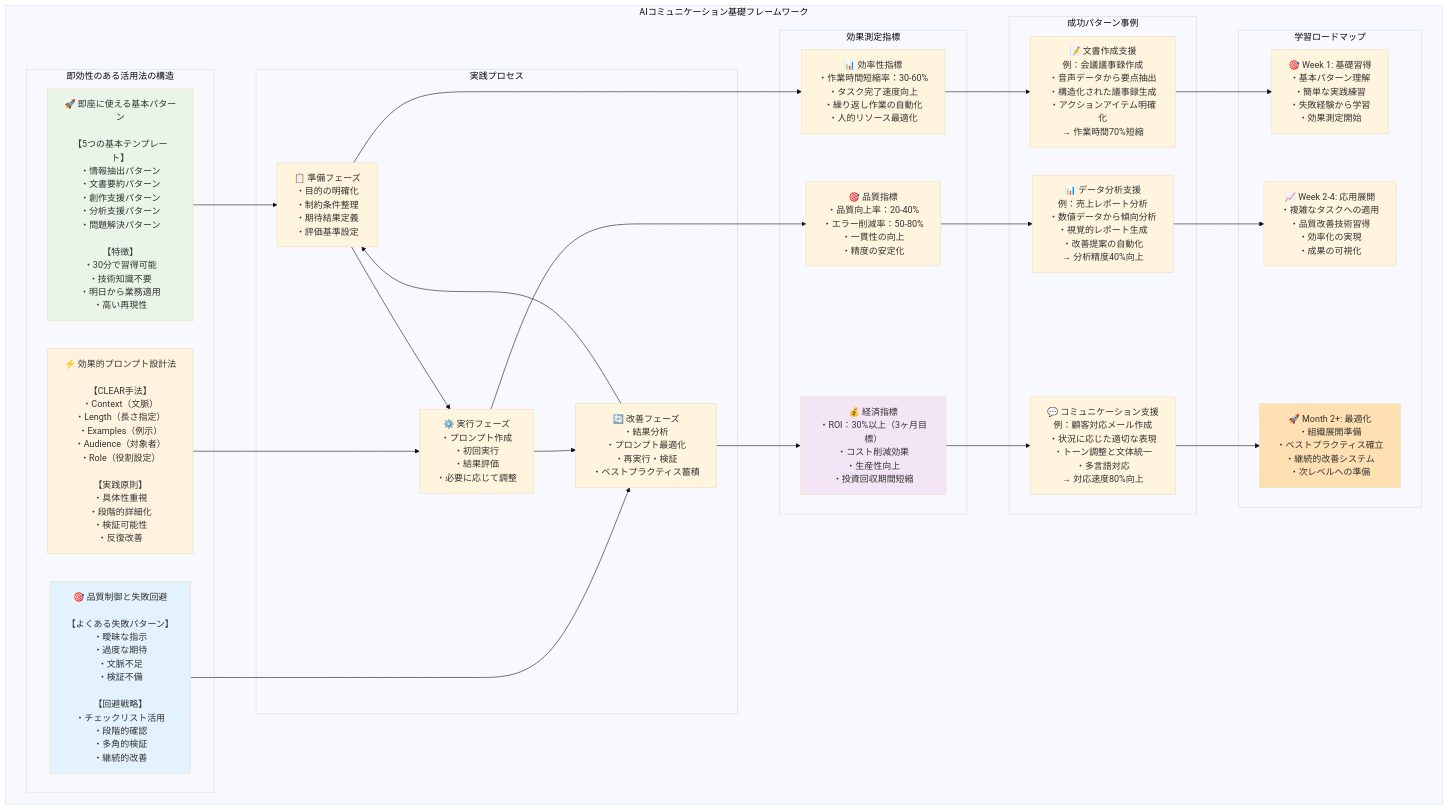
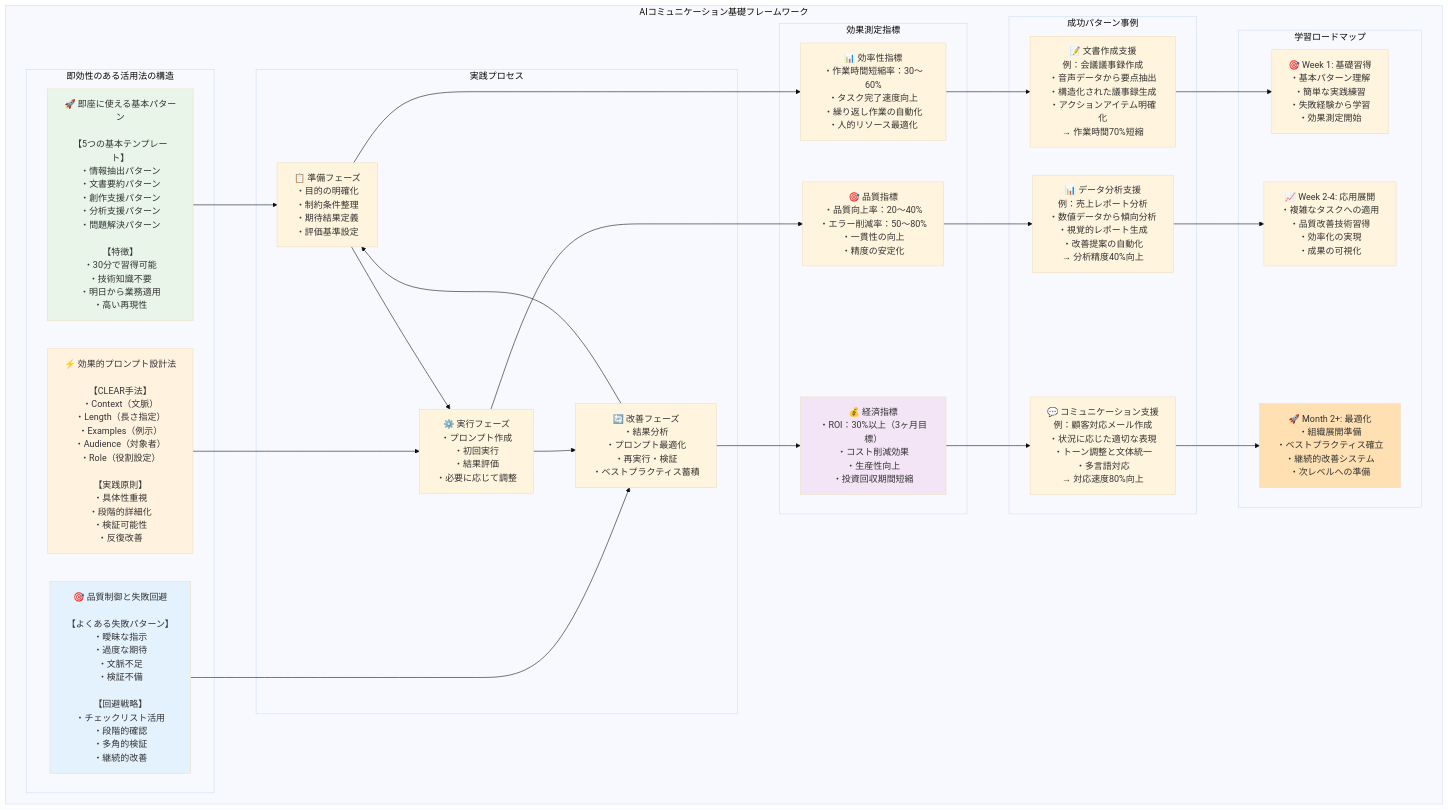
The diagram in docs/chapters/chapter-01/index.md (itdojp/ai-communication-book), drawn with Mermaid (base theme) before and after one commit. The commit also changed other lines of this file and 2 other files, not shown here.

````diff
--- a/docs/chapters/chapter-01/index.md
+++ b/docs/chapters/chapter-01/index.md
@@ -20,69 +20,69 @@
 ```mermaid
 graph TB
     subgraph "AIコミュニケーション基礎フレームワーク"
         subgraph "即効性のある活用法の構造"
             Quick1[🚀 即座に使える基本パターン<br/><br/>【5つの基本テンプレート】<br/>・情報抽出パターン<br/>・文書要約パターン<br/>・創作支援パターン<br/>・分析支援パターン<br/>・問題解決パターン<br/><br/>【特徴】<br/>・30分で習得可能<br/>・技術知識不要<br/>・明日から業務適用<br/>・高い再現性]
             
             Quick2[⚡ 効果的プロンプト設計法<br/><br/>【CLEAR手法】<br/>・Context（文脈）<br/>・Length（長さ指定）<br/>・Examples（例示）<br/>・Audience（対象者）<br/>・Role（役割設定）<br/><br/>【実践原則】<br/>・具体性重視<br/>・段階的詳細化<br/>・検証可能性<br/>・反復改善]
             
             Quick3[🎯 品質制御と失敗回避<br/><br/>【よくある失敗パターン】<br/>・曖昧な指示<br/>・過度な期待<br/>・文脈不足<br/>・検証不備<br/><br/>【回避戦略】<br/>・チェックリスト活用<br/>・段階的確認<br/>・多角的検証<br/>・継続的改善]
         end
         
         subgraph "実践プロセス"
             Process1[📋 準備フェーズ<br/>・目的の明確化<br/>・制約条件整理<br/>・期待結果定義<br/>・評価基準設定]
             
             Process2[⚙️ 実行フェーズ<br/>・プロンプト作成<br/>・初回実行<br/>・結果評価<br/>・必要に応じて調整]
             
             Process3[🔄 改善フェーズ<br/>・結果分析<br/>・プロンプト最適化<br/>・再実行・検証<br/>・ベストプラクティス蓄積]
         end
         
         subgraph "効果測定指標"
-            KPI1[📊 効率性指標<br/>・作業時間短縮率：30-60%<br/>・タスク完了速度向上<br/>・繰り返し作業の自動化<br/>・人的リソース最適化]
+            KPI1[📊 効率性指標<br/>・作業時間短縮率：30〜60%<br/>・タスク完了速度向上<br/>・繰り返し作業の自動化<br/>・人的リソース最適化]
             
-            KPI2[🎯 品質指標<br/>・品質向上率：20-40%<br/>・エラー削減率：50-80%<br/>・一貫性の向上<br/>・精度の安定化]
+            KPI2[🎯 品質指標<br/>・品質向上率：20〜40%<br/>・エラー削減率：50〜80%<br/>・一貫性の向上<br/>・精度の安定化]
             
             KPI3[💰 経済指標<br/>・ROI：30%以上（3ヶ月目標）<br/>・コスト削減効果<br/>・生産性向上<br/>・投資回収期間短縮]
         end
         
         Quick1 --> Process1
         Quick2 --> Process2
         Quick3 --> Process3
         
         Process1 --> Process2 --> Process3
         Process3 --> Process1
         
         Process1 --> KPI1
         Process2 --> KPI2
         Process3 --> KPI3
         
         subgraph "成功パターン事例"
             Success1[📝 文書作成支援<br/>例：会議議事録作成<br/>・音声データから要点抽出<br/>・構造化された議事録生成<br/>・アクションアイテム明確化<br/>→ 作業時間70%短縮]
             
             Success2[📊 データ分析支援<br/>例：売上レポート分析<br/>・数値データから傾向分析<br/>・視覚的レポート生成<br/>・改善提案の自動化<br/>→ 分析精度40%向上]
             
             Success3[💬 コミュニケーション支援<br/>例：顧客対応メール作成<br/>・状況に応じた適切な表現<br/>・トーン調整と文体統一<br/>・多言語対応<br/>→ 対応速度80%向上]
         end
         
         KPI1 --> Success1
         KPI2 --> Success2
         KPI3 --> Success3
         
         subgraph "学習ロードマップ"
             Learn1[🎯 Week 1: 基礎習得<br/>・基本パターン理解<br/>・簡単な実践練習<br/>・失敗経験から学習<br/>・効果測定開始]
             
             Learn2[📈 Week 2-4: 応用展開<br/>・複雑なタスクへの適用<br/>・品質改善技術習得<br/>・効率化の実現<br/>・成果の可視化]
             
             Learn3[🚀 Month 2+: 最適化<br/>・組織展開準備<br/>・ベストプラクティス確立<br/>・継続的改善システム<br/>・次レベルへの準備]
         end
         
         Success1 --> Learn1
         Success2 --> Learn2
         Success3 --> Learn3
     end
     
     style Quick1 fill:#e8f5e8
     style Quick2 fill:#fff3e0
     style Quick3 fill:#e3f2fd
     style KPI3 fill:#f3e5f5
     style Learn3 fill:#ffe0b2
 ```
````
